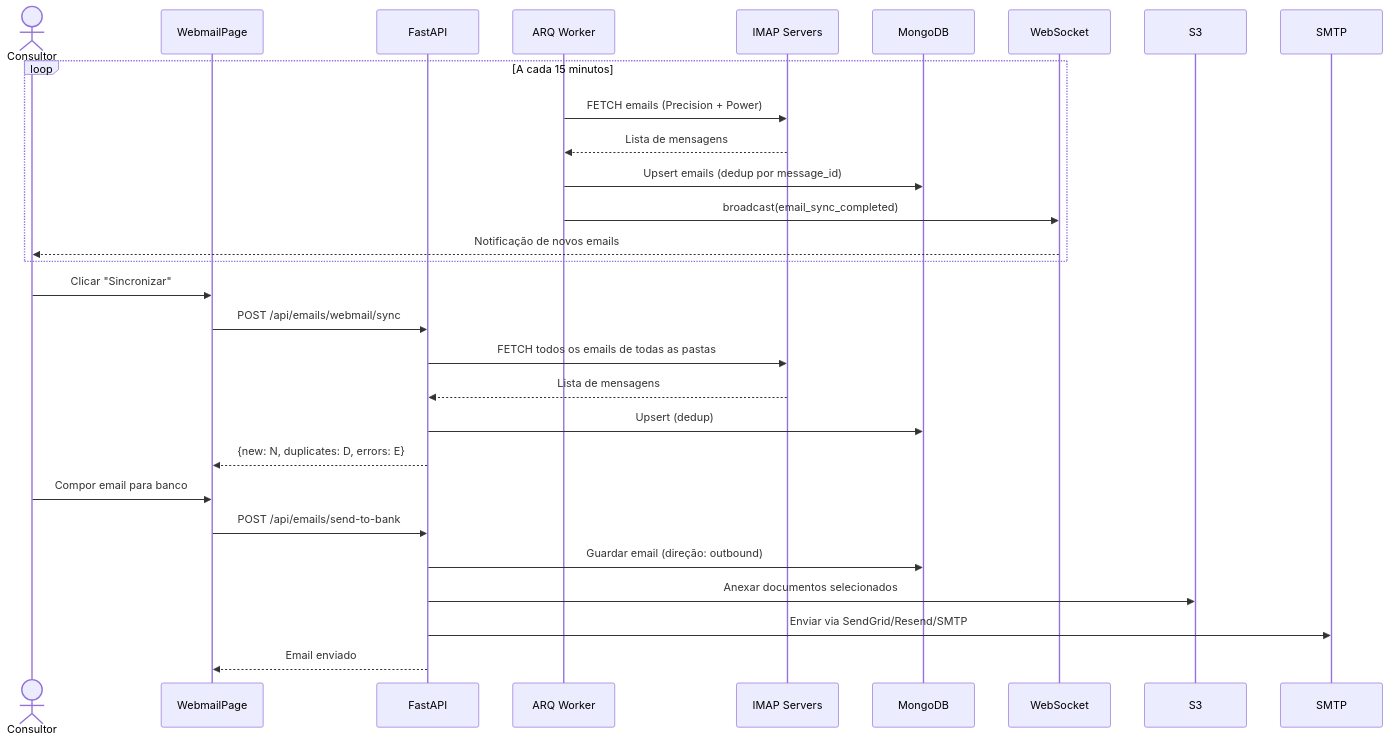
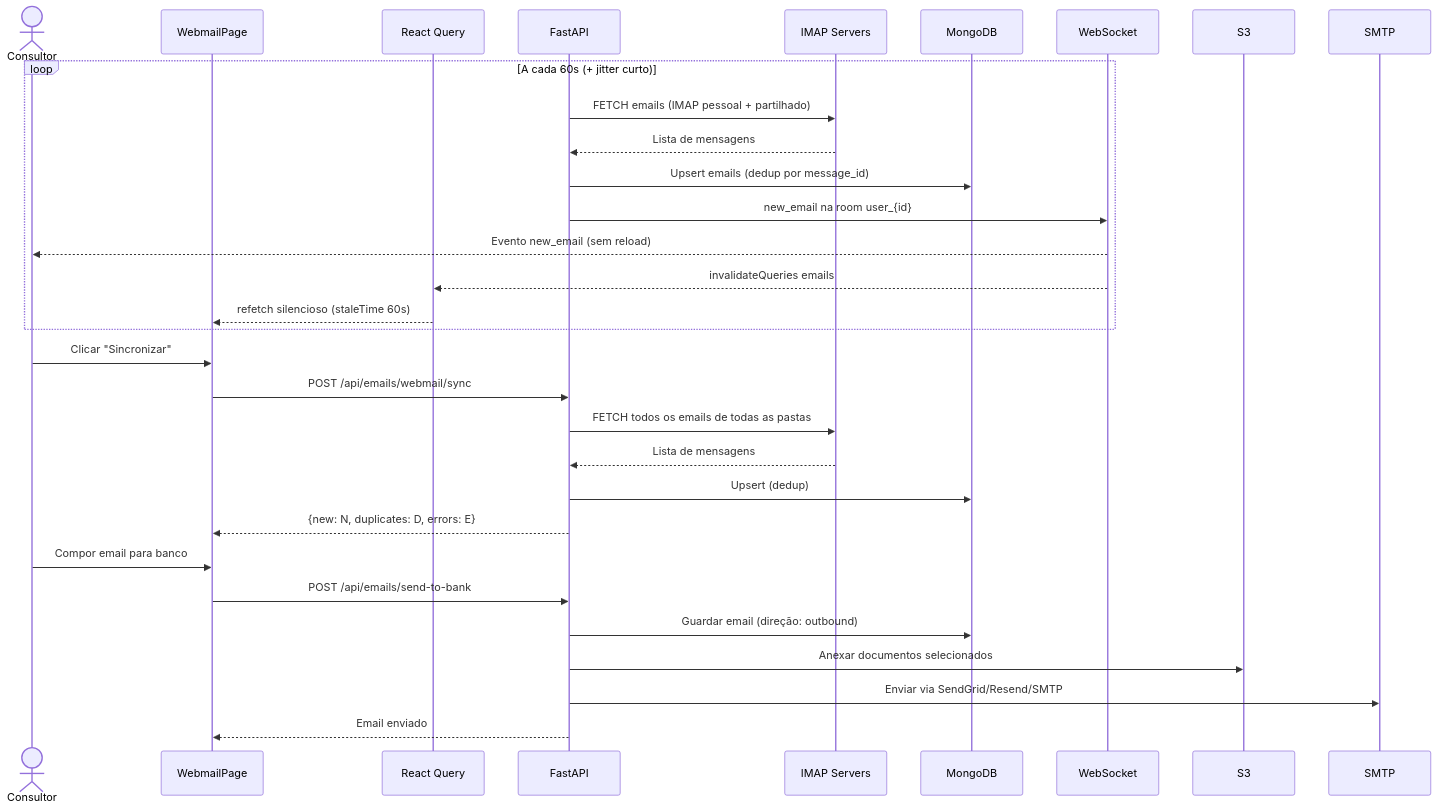
Before and after one commit to PowerPrecision/PowerCell: diagram 11 of 27 in ARCHITECTURE.md, drawn with Mermaid. The commit also changed other lines of this file and 2 other files, not shown here.

Commit message:
Pacote FC: Update official documentation with UCR, Webmail Real-time, Calendar and Admin features

````diff
--- a/ARCHITECTURE.md
+++ b/ARCHITECTURE.md
@@ -927,35 +1054,37 @@
 ```mermaid
 sequenceDiagram
     actor User as Consultor
     participant WP as WebmailPage
+    participant RQ as React Query
     participant API as FastAPI
-    participant Worker as ARQ Worker
     participant IMAP as IMAP Servers
     participant DB as MongoDB
     participant WS as WebSocket
 
-    %% Sync automático (Worker)
-    loop A cada 15 minutos
-        Worker->>IMAP: FETCH emails (Precision + Power)
-        IMAP-->>Worker: Lista de mensagens
-        Worker->>DB: Upsert emails (dedup por message_id)
-        Worker->>WS: broadcast(email_sync_completed)
-        WS-->>User: Notificação de novos emails
+    %% Sync automático híbrido (Pacote EC) — corre no processo da API
+    loop A cada 60s (+ jitter curto)
+        API->>IMAP: FETCH emails (IMAP pessoal + partilhado)
+        IMAP-->>API: Lista de mensagens
+        API->>DB: Upsert emails (dedup por message_id)
+        API->>WS: new_email na room user_{id}
+        WS-->>User: Evento new_email (sem reload)
+        WS-->>RQ: invalidateQueries emails
+        RQ-->>WP: refetch silencioso (staleTime 60s)
     end
 
     %% Sync manual (botão)
     User->>WP: Clicar "Sincronizar"
     WP->>API: POST /api/emails/webmail/sync
     API->>IMAP: FETCH todos os emails de todas as pastas
     IMAP-->>API: Lista de mensagens
     API->>DB: Upsert (dedup)
     API-->>WP: {new: N, duplicates: D, errors: E}
 
     %% Envio B2B
     User->>WP: Compor email para banco
     WP->>API: POST /api/emails/send-to-bank
     API->>DB: Guardar email (direção: outbound)
     API->>S3: Anexar documentos selecionados
     API->>SMTP: Enviar via SendGrid/Resend/SMTP
     API-->>WP: Email enviado
 ```
````
